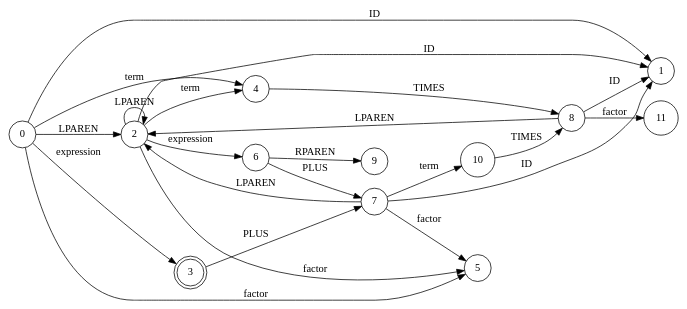
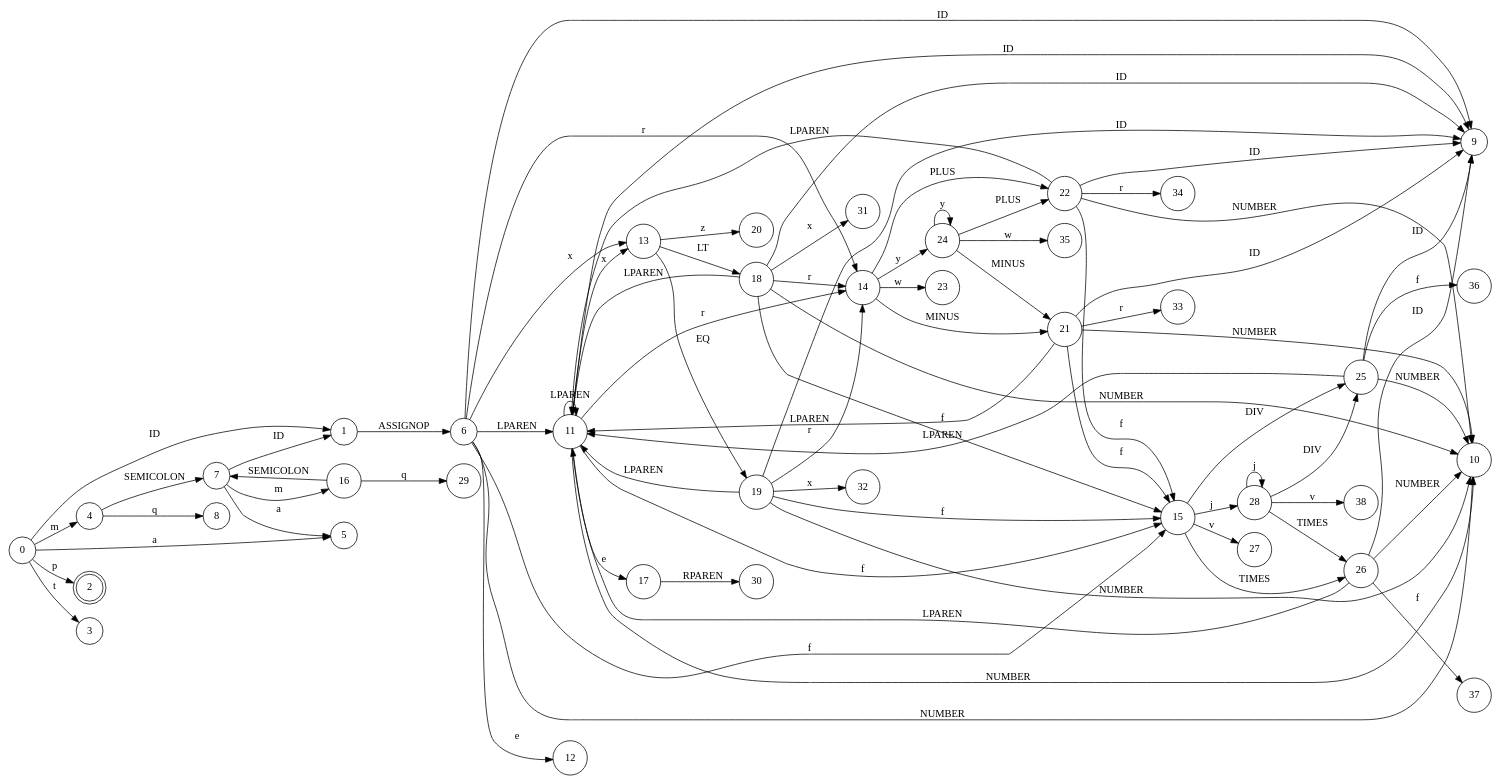
Before and after one commit to emiliosolanoo21/parserSLR: the diagram in LR0_.gv, drawn with Graphviz. The commit also changed 45 other files, not shown here.

```diff
--- a/LR0_.gv
+++ b/LR0_.gv
@@ -1,38 +1,120 @@
 // LR0
 digraph {
 	rankdir=LR
 	0 [label=0 shape=circle]
 	1 [label=1 shape=circle]
+	6 [label=6 shape=circle]
+	9 [label=9 shape=circle]
+	6 -> 9 [label=ID]
+	10 [label=10 shape=circle]
+	6 -> 10 [label=NUMBER]
+	11 [label=11 shape=circle]
+	11 -> 9 [label=ID]
+	11 -> 10 [label=NUMBER]
+	11 -> 11 [label=LPAREN]
+	17 [label=17 shape=circle]
+	30 [label=30 shape=circle]
+	17 -> 30 [label=RPAREN]
+	11 -> 17 [label=e]
+	13 [label=13 shape=circle]
+	18 [label=18 shape=circle]
+	18 -> 9 [label=ID]
+	18 -> 10 [label=NUMBER]
+	18 -> 11 [label=LPAREN]
+	31 [label=31 shape=circle]
+	18 -> 31 [label=x]
+	14 [label=14 shape=circle]
+	21 [label=21 shape=circle]
+	21 -> 9 [label=ID]
+	21 -> 10 [label=NUMBER]
+	21 -> 11 [label=LPAREN]
+	33 [label=33 shape=circle]
+	21 -> 33 [label=r]
+	15 [label=15 shape=circle]
+	25 [label=25 shape=circle]
+	25 -> 9 [label=ID]
+	25 -> 10 [label=NUMBER]
+	25 -> 11 [label=LPAREN]
+	36 [label=36 shape=circle]
+	25 -> 36 [label=f]
+	15 -> 25 [label=DIV]
+	26 [label=26 shape=circle]
+	26 -> 9 [label=ID]
+	26 -> 10 [label=NUMBER]
+	26 -> 11 [label=LPAREN]
+	37 [label=37 shape=circle]
+	26 -> 37 [label=f]
+	15 -> 26 [label=TIMES]
+	27 [label=27 shape=circle]
+	15 -> 27 [label=v]
+	28 [label=28 shape=circle]
+	28 -> 25 [label=DIV]
+	28 -> 26 [label=TIMES]
+	38 [label=38 shape=circle]
+	28 -> 38 [label=v]
+	28 -> 28 [label=j]
+	15 -> 28 [label=j]
+	21 -> 15 [label=f]
+	14 -> 21 [label=MINUS]
+	22 [label=22 shape=circle]
+	22 -> 9 [label=ID]
+	22 -> 10 [label=NUMBER]
+	22 -> 11 [label=LPAREN]
+	34 [label=34 shape=circle]
+	22 -> 34 [label=r]
+	22 -> 15 [label=f]
+	14 -> 22 [label=PLUS]
+	23 [label=23 shape=circle]
+	14 -> 23 [label=w]
+	24 [label=24 shape=circle]
+	24 -> 21 [label=MINUS]
+	24 -> 22 [label=PLUS]
+	35 [label=35 shape=circle]
+	24 -> 35 [label=w]
+	24 -> 24 [label=y]
+	14 -> 24 [label=y]
+	18 -> 14 [label=r]
+	18 -> 15 [label=f]
+	13 -> 18 [label=LT]
+	19 [label=19 shape=circle]
+	19 -> 9 [label=ID]
+	19 -> 10 [label=NUMBER]
+	19 -> 11 [label=LPAREN]
+	32 [label=32 shape=circle]
+	19 -> 32 [label=x]
+	19 -> 14 [label=r]
+	19 -> 15 [label=f]
+	13 -> 19 [label=EQ]
+	20 [label=20 shape=circle]
+	13 -> 20 [label=z]
+	11 -> 13 [label=x]
+	11 -> 14 [label=r]
+	11 -> 15 [label=f]
+	6 -> 11 [label=LPAREN]
+	12 [label=12 shape=circle]
+	6 -> 12 [label=e]
+	6 -> 13 [label=x]
+	6 -> 14 [label=r]
+	6 -> 15 [label=f]
+	1 -> 6 [label=ASSIGNOP]
 	0 -> 1 [label=ID]
-	2 [label=2 shape=circle]
-	2 -> 1 [label=ID]
-	2 -> 2 [label=LPAREN]
-	6 [label=6 shape=circle]
+	2 [label=2 shape=doublecircle]
+	0 -> 2 [label=p]
+	3 [label=3 shape=circle]
+	0 -> 3 [label=t]
+	4 [label=4 shape=circle]
 	7 [label=7 shape=circle]
 	7 -> 1 [label=ID]
-	7 -> 2 [label=LPAREN]
-	10 [label=10 shape=circle]
+	16 [label=16 shape=circle]
+	16 -> 7 [label=SEMICOLON]
+	29 [label=29 shape=circle]
+	16 -> 29 [label=q]
+	7 -> 16 [label=m]
+	5 [label=5 shape=circle]
+	7 -> 5 [label=a]
+	4 -> 7 [label=SEMICOLON]
 	8 [label=8 shape=circle]
-	8 -> 1 [label=ID]
-	8 -> 2 [label=LPAREN]
-	11 [label=11 shape=circle]
-	8 -> 11 [label=factor]
-	10 -> 8 [label=TIMES]
-	7 -> 10 [label=term]
-	5 [label=5 shape=circle]
-	7 -> 5 [label=factor]
-	6 -> 7 [label=PLUS]
-	9 [label=9 shape=circle]
-	6 -> 9 [label=RPAREN]
-	2 -> 6 [label=expression]
-	4 [label=4 shape=circle]
-	4 -> 8 [label=TIMES]
-	2 -> 4 [label=term]
-	2 -> 5 [label=factor]
-	0 -> 2 [label=LPAREN]
-	3 [label=3 shape=doublecircle]
-	3 -> 7 [label=PLUS]
-	0 -> 3 [label=expression]
-	0 -> 4 [label=term]
-	0 -> 5 [label=factor]
+	4 -> 8 [label=q]
+	0 -> 4 [label=m]
+	0 -> 5 [label=a]
 }
```
